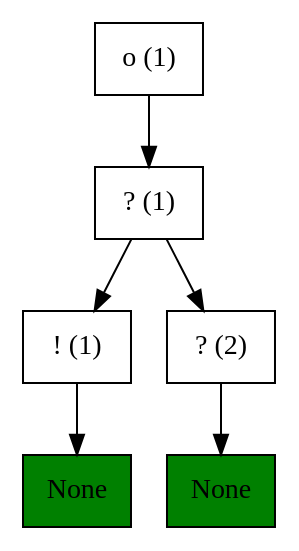
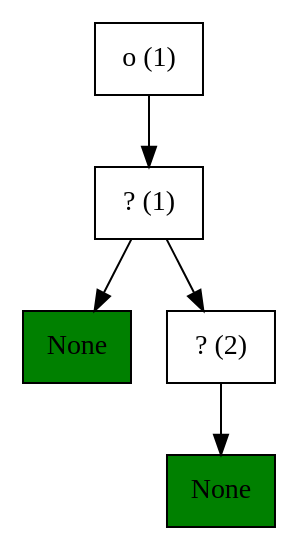
The diagram in out_behavior.dot (NVSL/TAZI), drawn with Graphviz before and after one commit. The commit also changed 21 other files, not shown here.

```diff
--- a/out_behavior.dot
+++ b/out_behavior.dot
@@ -1,14 +1,12 @@
 digraph G {
     ordering=out;
-    inverter1 -> action_node1;
     selector_node2 -> action_node2;
-    selector_node1 -> inverter1;
+    selector_node1 -> action_node1;
     selector_node1 -> selector_node2;
     root -> selector_node1;
     action_node1 [shape="polygon", sides=4, fillcolor="green", style="filled", label="None"];
-	inverter1 [shape="polygon",sides=4,label="! (1)"];
     action_node2 [shape="polygon", sides=4, fillcolor="green", style="filled", label="None"];
 	selector_node2 [shape="polygon",sides=4,label="? (2)"];
 	selector_node1 [shape="polygon",sides=4,label="? (1)"];
 	root [shape="polygon",sides=4,label="o (1)"];
  }
```
